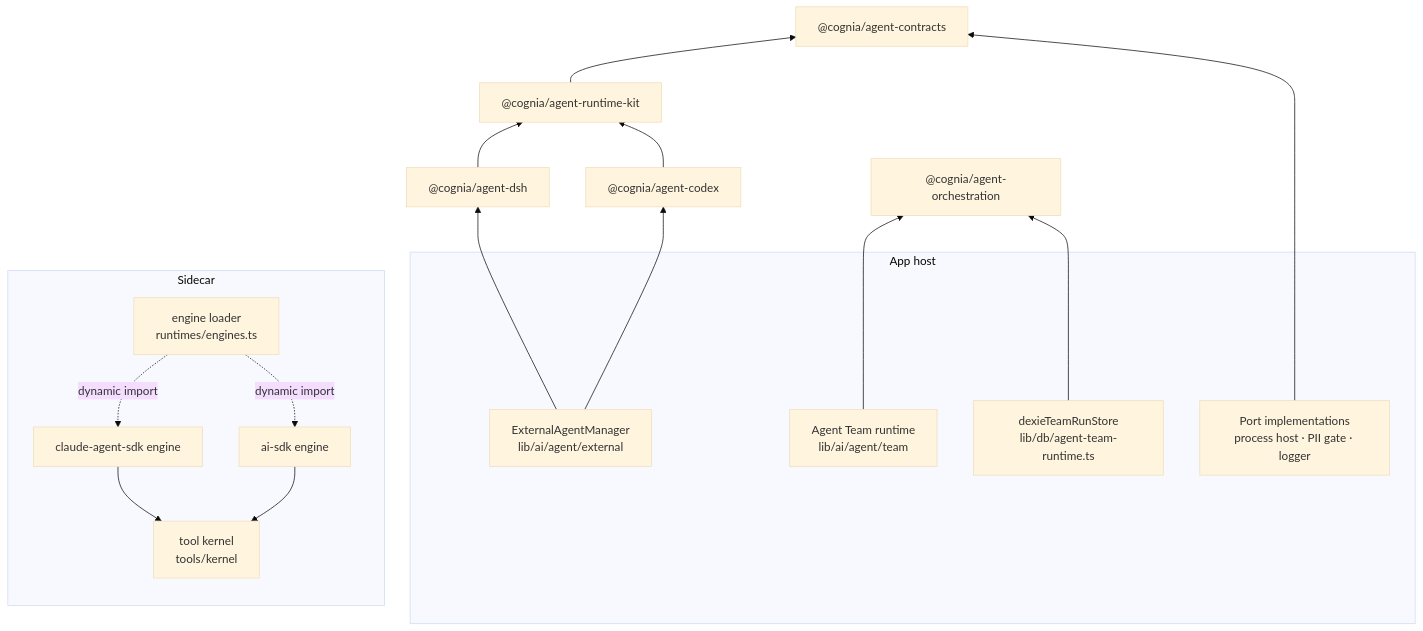
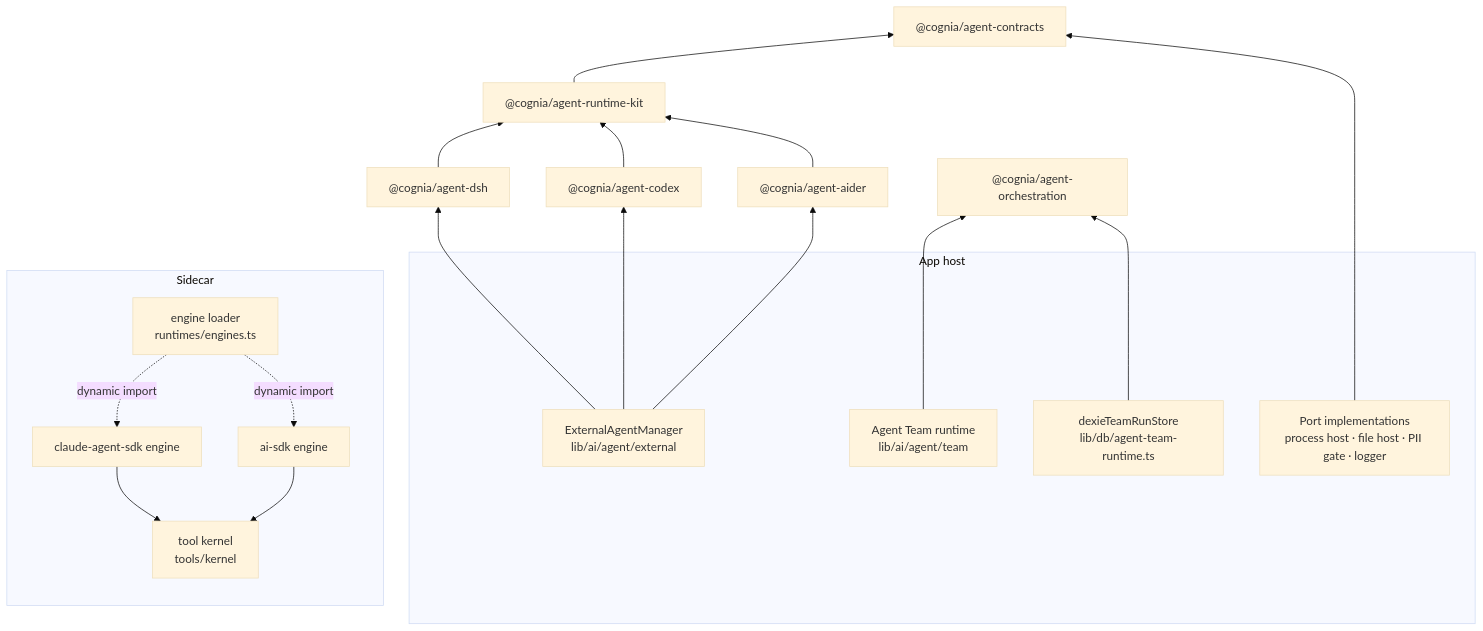
Before and after one commit to MaxQian888/cognia-next: the diagram in docs/content/docs/en/subsystems/agent-packages/index.mdx, drawn with Mermaid (base theme). The commit also changed other lines of this file and 48 other files, not shown here.

First line of the commit message:
refactor(agent): move the Aider integration into @cognia/agent-aider (ADR-0217)

````diff
--- a/docs/content/docs/en/subsystems/agent-packages/index.mdx
+++ b/docs/content/docs/en/subsystems/agent-packages/index.mdx
@@ -42,29 +42,31 @@
 ```mermaid
 flowchart BT
   contracts["@cognia/agent-contracts"]
   kit["@cognia/agent-runtime-kit"] --> contracts
   dsh["@cognia/agent-dsh"] --> kit
   codex["@cognia/agent-codex"] --> kit
+  aider["@cognia/agent-aider"] --> kit
   orch["@cognia/agent-orchestration"]
   subgraph host["App host"]
     manager["ExternalAgentManager<br/>lib/ai/agent/external"]
-    ports["Port implementations<br/>process host · PII gate · logger"]
+    ports["Port implementations<br/>process host · file host · PII gate · logger"]
     team["Agent Team runtime<br/>lib/ai/agent/team"]
     dexie["dexieTeamRunStore<br/>lib/db/agent-team-runtime.ts"]
   end
   subgraph sidecar["Sidecar"]
     engines["engine loader<br/>runtimes/engines.ts"]
     claude["claude-agent-sdk engine"]
     aisdk["ai-sdk engine"]
     kernel["tool kernel<br/>tools/kernel"]
   end
   manager --> dsh
   manager --> codex
+  manager --> aider
   ports --> contracts
   team --> orch
   dexie --> orch
   engines -.dynamic import.-> claude
   engines -.dynamic import.-> aisdk
   claude --> kernel
   aisdk --> kernel
 ```
````
